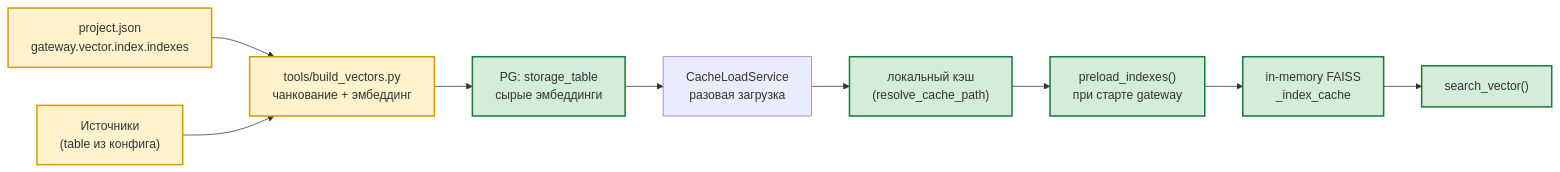
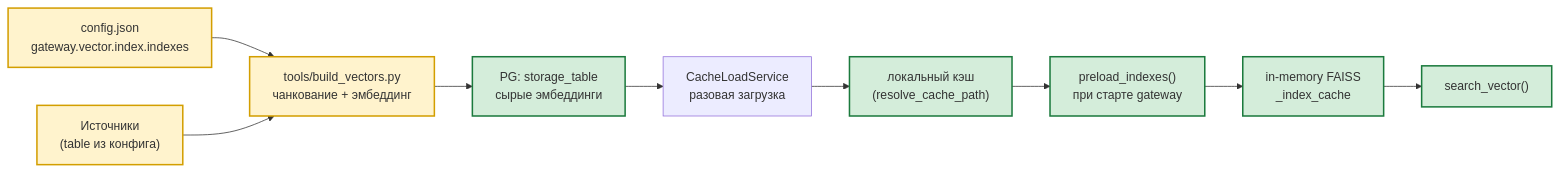
The diagram in docs/VECTOR_INDEXES.md (AlexEgorov85/workspaces_nanobot), drawn with Mermaid before and after one commit. The commit also changed other lines of this file and 22 other files, not shown here.

````diff
--- a/docs/VECTOR_INDEXES.md
+++ b/docs/VECTOR_INDEXES.md
@@ -8,15 +8,15 @@
 ```mermaid
 flowchart LR
-    CFG["project.json<br/>gateway.vector.index.indexes"] --> BL["tools/build_vectors.py<br/>чанкование + эмбеддинг"]
+    CFG["config.json<br/>gateway.vector.index.indexes"] --> BL["tools/build_vectors.py<br/>чанкование + эмбеддинг"]
     SRC["Источники<br/>(table из конфига)"] --> BL
     BL --> PG["PG: storage_table<br/>сырые эмбеддинги"]
     PG --> LOAD["CacheLoadService<br/>разовая загрузка"]
     LOAD --> SNAP["локальный кэш<br/>(resolve_cache_path)"]
     SNAP --> PRE["preload_indexes()<br/>при старте gateway"]
     PRE --> MEM["in-memory FAISS<br/>_index_cache"]
     MEM --> SE["search_vector()"]
     classDef core fill:#fff3cd,stroke:#d39e00,stroke-width:2px
     classDef infra fill:#d4edda,stroke:#1b7a3d,stroke-width:2px
     class CFG,SRC,BL core
     class PG,SYNC,SNAP,PRE,MEM,SE infra
 ```
````
